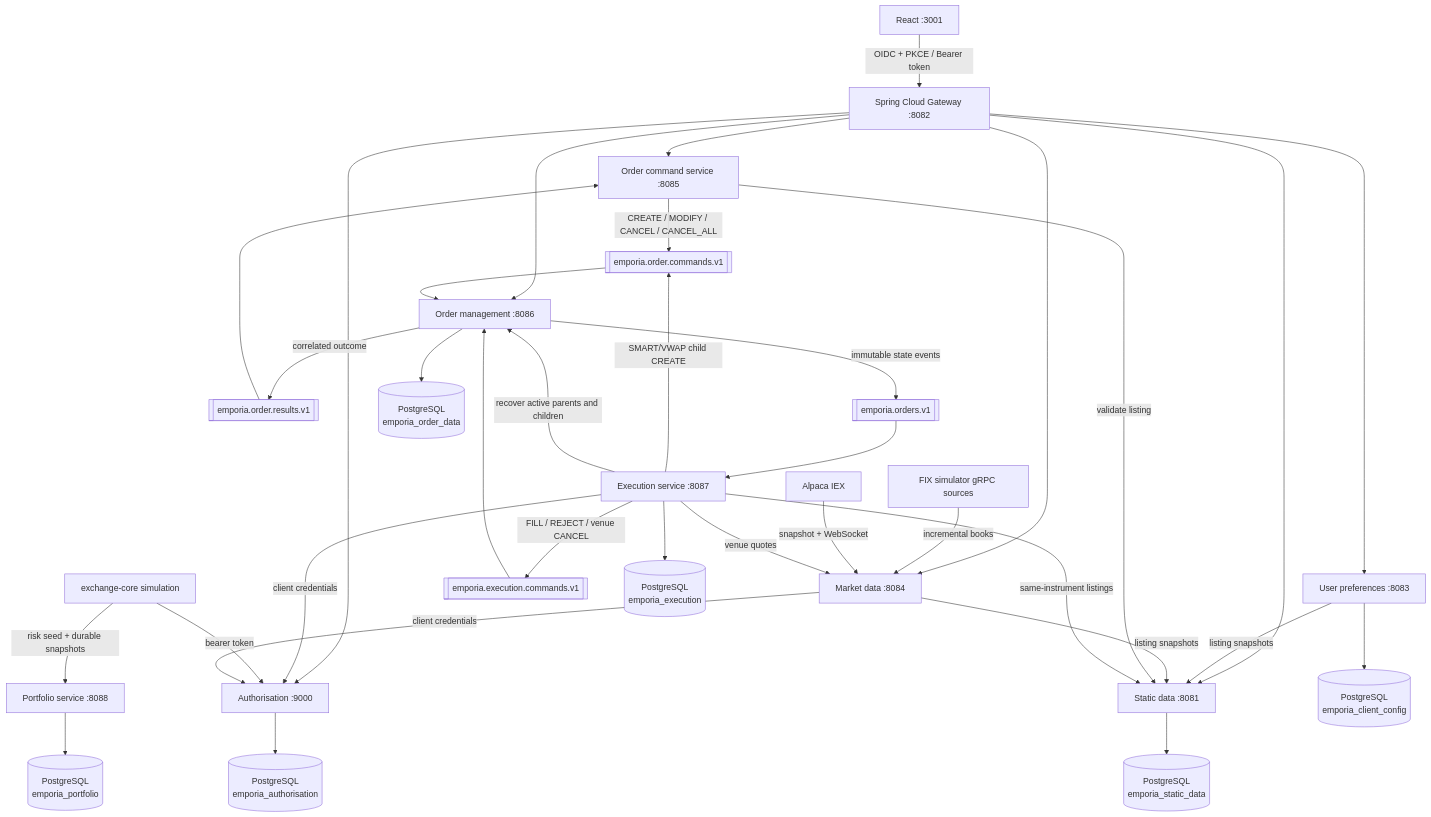
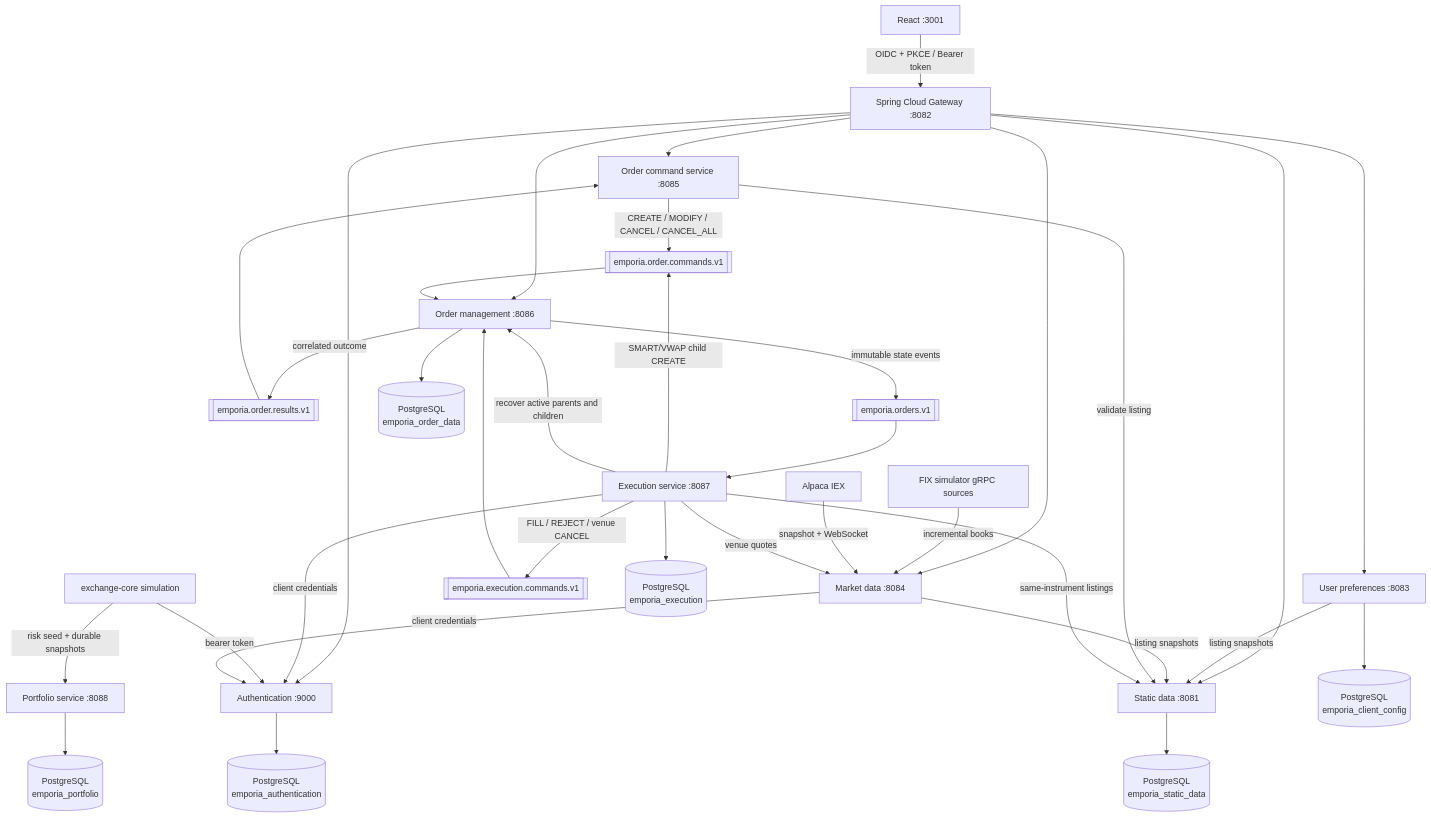
Before and after one commit to nvxtien/emporia: the diagram in README.md, drawn with Mermaid. The commit also changed other lines of this file and 71 other files, not shown here.

First line of the commit message:
refactor: rename authorisation-service to authentication

````diff
--- a/README.md
+++ b/README.md
@@ -40,40 +40,40 @@
 ```mermaid
 flowchart TD
     Browser[React :3001] -->|OIDC + PKCE / Bearer token| Gateway[Spring Cloud Gateway :8082]
-    Gateway --> Auth[Authorisation :9000]
+    Gateway --> Auth[Authentication :9000]
     Gateway --> Static[Static data :8081]
     Gateway --> Preferences[User preferences :8083]
     Gateway --> Market[Market data :8084]
     Gateway --> OrderCommands[Order command service :8085]
     Gateway --> Orders[Order management :8086]
     Execution[Execution service :8087] -->|client credentials| Auth
     ExchangeCore[exchange-core simulation] -->|risk seed + durable snapshots| Portfolio[Portfolio service :8088]
     ExchangeCore -->|bearer token| Auth
 
     Preferences -->|listing snapshots| Static
     Market -->|listing snapshots| Static
     Market -->|client credentials| Auth
     Fix[FIX simulator gRPC sources] -->|incremental books| Market
     Alpaca[Alpaca IEX] -->|snapshot + WebSocket| Market
     OrderCommands -->|validate listing| Static
 
     OrderCommands -->|CREATE / MODIFY / CANCEL / CANCEL_ALL| Commands[[emporia.order.commands.v1]]
     Commands --> Orders
     Orders -->|correlated outcome| Results[[emporia.order.results.v1]]
     Results --> OrderCommands
     Orders -->|immutable state events| OrderLog[[emporia.orders.v1]]
     OrderLog --> Execution
     Execution -->|SMART/VWAP child CREATE| Commands
     Execution -->|FILL / REJECT / venue CANCEL| ExecutionCommands[[emporia.execution.commands.v1]]
     ExecutionCommands --> Orders
     Execution -->|recover active parents and children| Orders
     Execution -->|same-instrument listings| Static
     Execution -->|venue quotes| Market
 
-    Auth --> AuthDb[(PostgreSQL\nemporia_authorisation)]
+    Auth --> AuthDb[(PostgreSQL\nemporia_authentication)]
     Static --> StaticDb[(PostgreSQL\nemporia_static_data)]
     Preferences --> PreferencesDb[(PostgreSQL\nemporia_client_config)]
     Orders --> OrderDb[(PostgreSQL\nemporia_order_data)]
     Execution --> ExecutionDb[(PostgreSQL\nemporia_execution)]
     Portfolio --> PortfolioDb[(PostgreSQL\nemporia_portfolio)]
 ```
````
